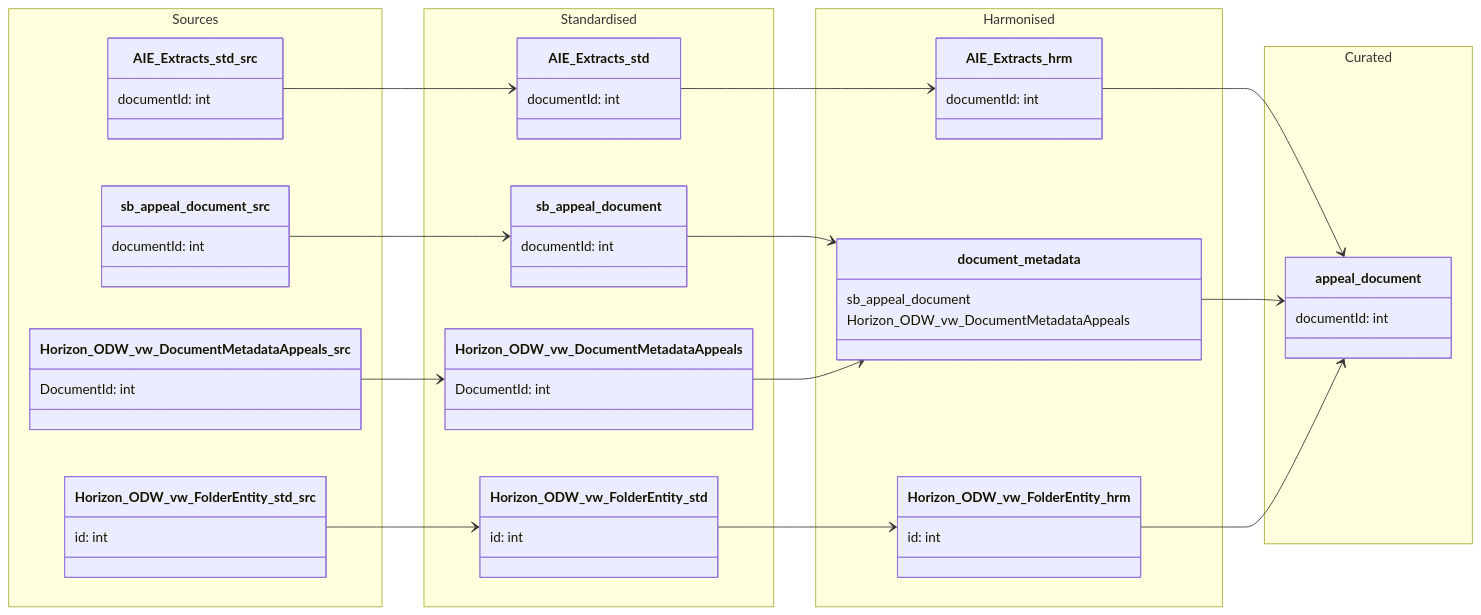
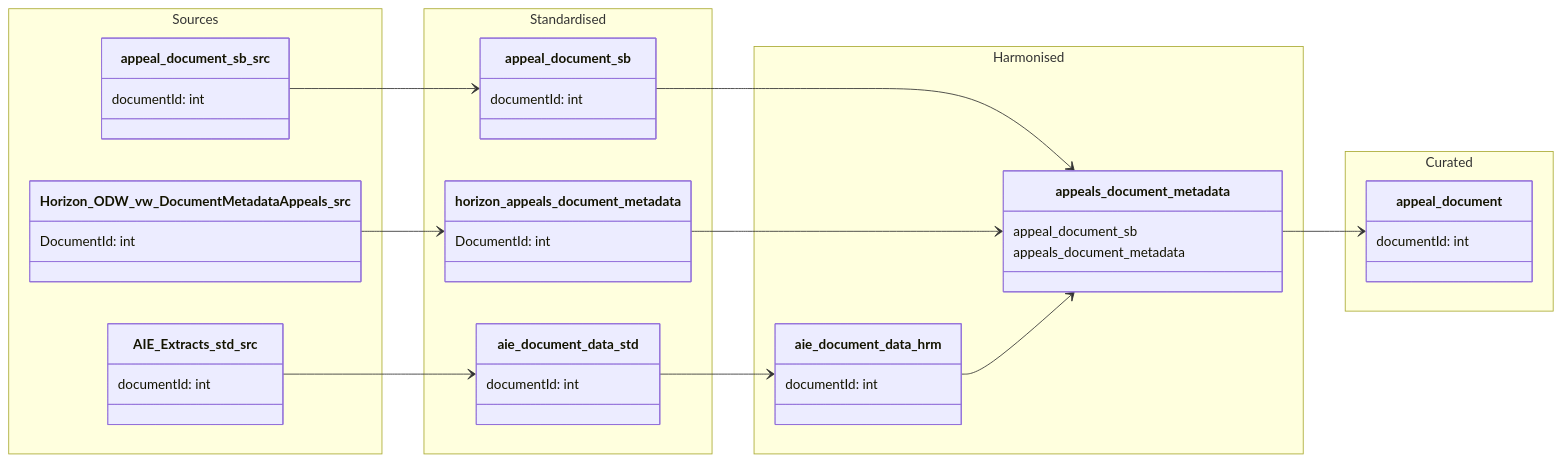
Before and after one commit to Planning-Inspectorate/ODW-Service: the diagram in data-models/appeal-document.md, drawn with Mermaid.

Commit message:
fix: update the diagram

````diff
--- a/data-models/appeal-document.md
+++ b/data-models/appeal-document.md
@@ -7,82 +7,67 @@
 ```mermaid
 
 classDiagram
 
     direction LR
 
     namespace Sources {
 
-        class sb_appeal_document_src {
+        class appeal_document_sb_src {
             documentId: int
         }
 
         class Horizon_ODW_vw_DocumentMetadataAppeals_src {
             DocumentId: int
         }
 
         class AIE_Extracts_std_src {
             documentId: int
         }
 
-        class Horizon_ODW_vw_FolderEntity_std_src {
-            id: int
-        }
-
     }
     
     namespace Standardised {
 
-        class sb_appeal_document {
+        class appeal_document_sb {
             documentId: int
         }
 
-        class Horizon_ODW_vw_DocumentMetadataAppeals {
+        class horizon_appeals_document_metadata {
             DocumentId: int
         }
 
-        class AIE_Extracts_std {
+        class aie_document_data_std {
             documentId: int
-        }
-
-        class Horizon_ODW_vw_FolderEntity_std {
-            id: int
         }
     }
 
     namespace Harmonised {
 
-        class AIE_Extracts_hrm {
+        class aie_document_data_hrm {
             documentId: int
         }
 
-        class document_metadata {
-            sb_appeal_document
-            Horizon_ODW_vw_DocumentMetadataAppeals
-        }
-
-        class Horizon_ODW_vw_FolderEntity_hrm {
-            id: int
+        class appeals_document_metadata {
+            appeal_document_sb
+            appeals_document_metadata
         }
     }
 
     namespace Curated {
 
         class appeal_document {
             documentId: int
         }
     }
 
-`sb_appeal_document_src` --> `sb_appeal_document`
-`Horizon_ODW_vw_DocumentMetadataAppeals_src` --> `Horizon_ODW_vw_DocumentMetadataAppeals`
-`AIE_Extracts_std_src` --> `AIE_Extracts_std`
-`Horizon_ODW_vw_FolderEntity_std_src` --> `Horizon_ODW_vw_FolderEntity_std`
-`sb_appeal_document` --> `document_metadata`
-`Horizon_ODW_vw_DocumentMetadataAppeals` --> `document_metadata`
-`AIE_Extracts_std` --> `AIE_Extracts_hrm`
-`Horizon_ODW_vw_FolderEntity_std` --> `Horizon_ODW_vw_FolderEntity_hrm`
-`AIE_Extracts_hrm` --> `appeal_document`
-`document_metadata` --> `appeal_document`
-`Horizon_ODW_vw_FolderEntity_hrm` --> `appeal_document`
+`appeal_document_sb_src` --> `appeal_document_sb`
+`Horizon_ODW_vw_DocumentMetadataAppeals_src` --> `horizon_appeals_document_metadata`
+`AIE_Extracts_std_src` --> `aie_document_data_std`
+`appeal_document_sb` --> `appeals_document_metadata`
+`horizon_appeals_document_metadata` --> `appeals_document_metadata`
+`aie_document_data_std` --> `aie_document_data_hrm`
+`aie_document_data_hrm` --> `appeals_document_metadata`
+`appeals_document_metadata` --> `appeal_document`
 
 
 ```
````
